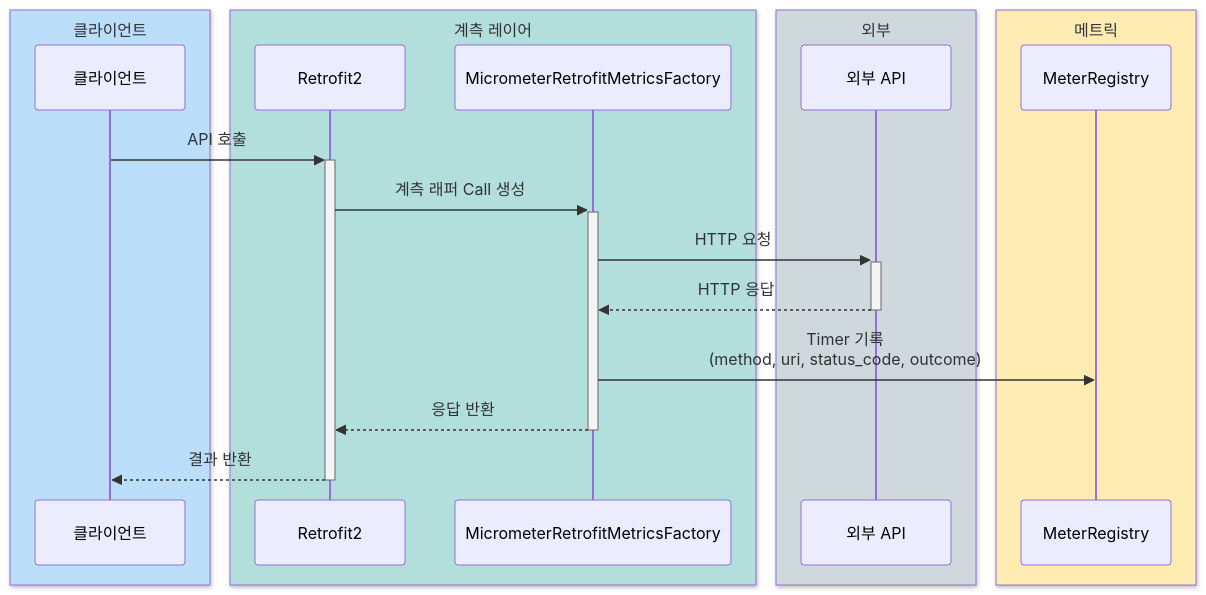
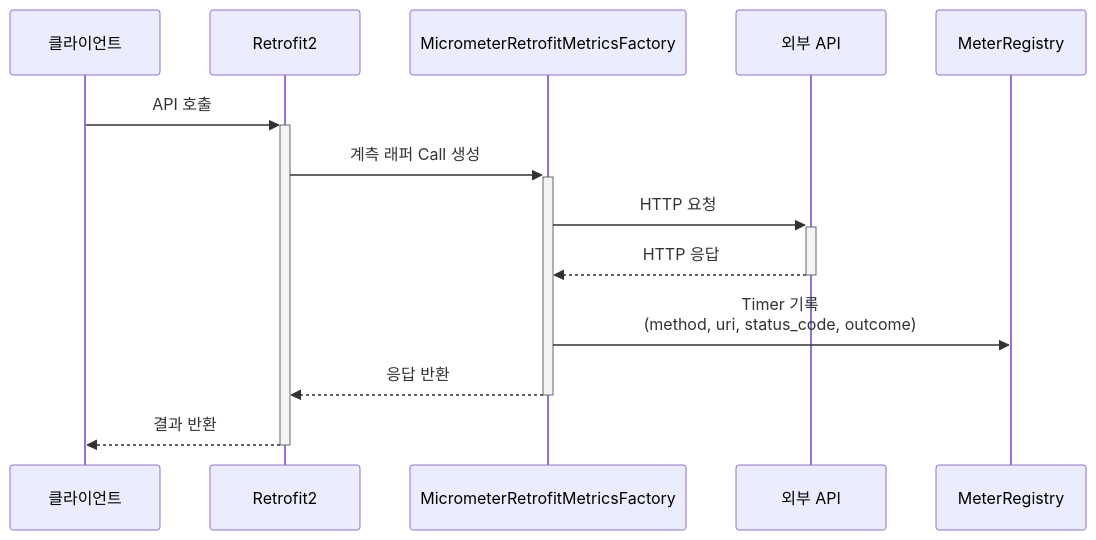
Before and after one commit to bluetape4k/bluetape4k-projects: the third of 4 diagrams in infra/micrometer/README.ko.md, drawn with Mermaid. The commit also changed other lines of this file and 219 other files, not shown here.

First line of the commit message:
docs: 전체 README Mermaid 다이어그램 가이드 적용

````diff
--- a/infra/micrometer/README.ko.md
+++ b/infra/micrometer/README.ko.md
@@ -333,24 +333,16 @@
 ```mermaid
 sequenceDiagram
-    box rgb(187,222,251) 클라이언트
     participant Client as 클라이언트
-    end
-    box rgb(178,223,219) 계측 레이어
     participant Retrofit as Retrofit2
     participant Metrics as MicrometerRetrofitMetricsFactory
-    end
-    box rgb(207,216,220) 외부
     participant API as 외부 API
-    end
-    box rgb(255,236,179) 메트릭
     participant Registry as MeterRegistry
-    end
 
     Client->>+Retrofit: API 호출
     Retrofit->>+Metrics: 계측 래퍼 Call 생성
     Metrics->>+API: HTTP 요청
     API-->>-Metrics: HTTP 응답
     Metrics->>Registry: Timer 기록<br/>(method, uri, status_code, outcome)
     Metrics-->>-Retrofit: 응답 반환
     Retrofit-->>-Client: 결과 반환
 ```
````
